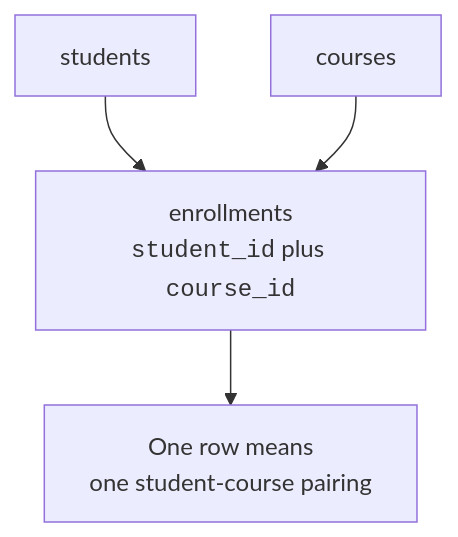
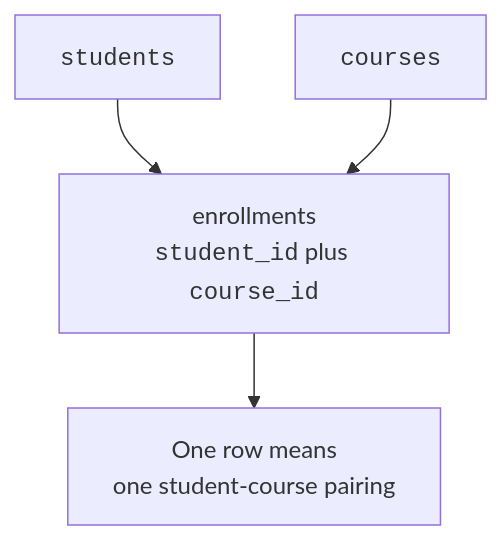
Before and after one commit to dataslope/dataslope: the tenth of 11 diagrams in content/learn/sqlite-for-beginners/relationships-intro.mdx, drawn with Mermaid. The commit also changed other lines of this file and 46 other files, not shown here.

First line of the commit message:
Wrap code in mermaid edge labels + entity/table names in DB diagrams

````diff
--- a/content/learn/sqlite-for-beginners/relationships-intro.mdx
+++ b/content/learn/sqlite-for-beginners/relationships-intro.mdx
@@ -157,6 +157,6 @@
 ```mermaid
 flowchart TB
-    S["students"] --> E["enrollments<br/><code>student_id</code> plus <code>course_id</code>"]
-    C["courses"] --> E
+    S["<code>students</code>"] --> E["enrollments<br/><code>student_id</code> plus <code>course_id</code>"]
+    C["<code>courses</code>"] --> E
     E --> PAIR["One row means<br/>one student-course pairing"]
 ```
````
